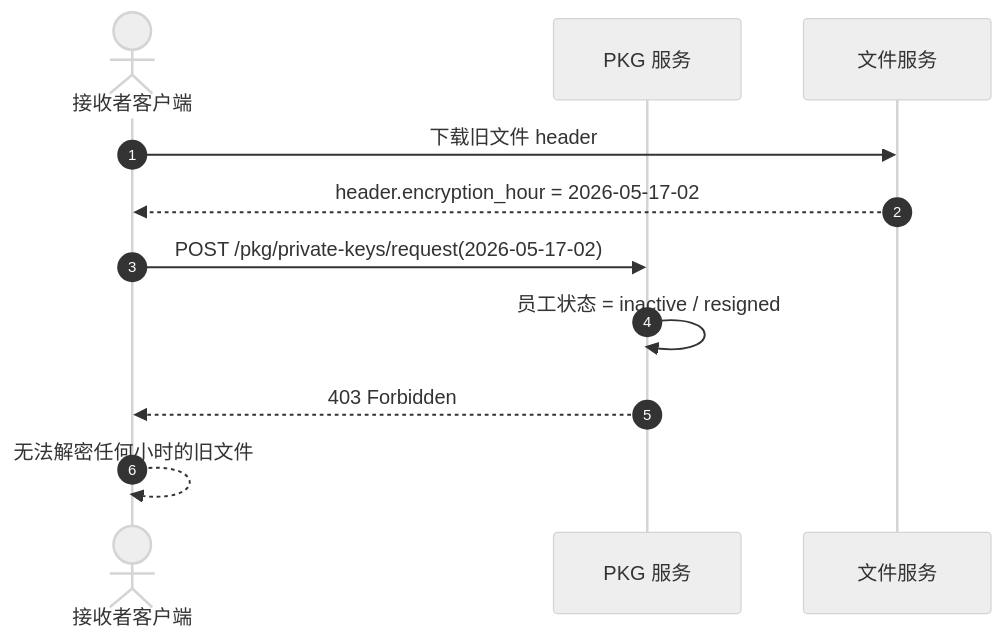
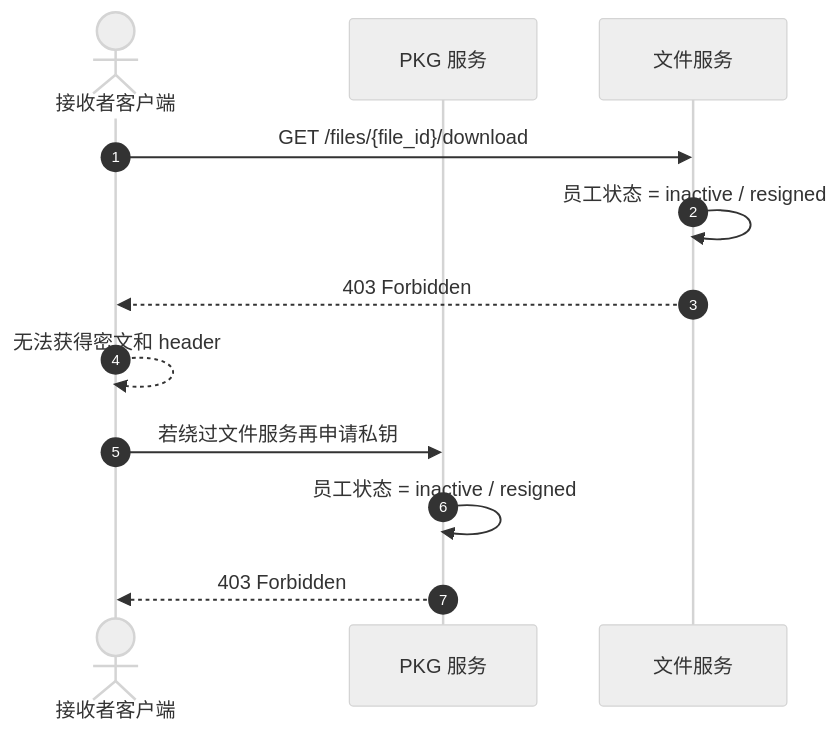
The sixth of 7 diagrams in docs/diagrams.md (firfisa/BF-IBE), drawn with Mermaid (neutral theme) before and after one commit. The commit also changed other lines of this file and 4 other files, not shown here.

````diff
--- a/docs/diagrams.md
+++ b/docs/diagrams.md
@@ -101,14 +106,15 @@
 ```mermaid
 sequenceDiagram
   autonumber
   actor Client as 接收者客户端
   participant PKG as PKG 服务
   participant FS as 文件服务
 
-  Client->>FS: 下载旧文件 header
-  FS-->>Client: header.encryption_hour = 2026-05-17-02
-  Client->>PKG: POST /pkg/private-keys/request(2026-05-17-02)
+  Client->>FS: GET /files/{file_id}/download
+  FS->>FS: 员工状态 = inactive / resigned
+  FS-->>Client: 403 Forbidden
+  Client-->>Client: 无法获得密文和 header
+  Client->>PKG: 若绕过文件服务再申请私钥
   PKG->>PKG: 员工状态 = inactive / resigned
   PKG-->>Client: 403 Forbidden
-  Client-->>Client: 无法解密任何小时的旧文件
 ```
````
